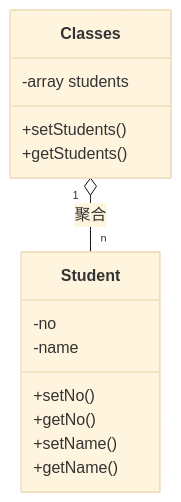
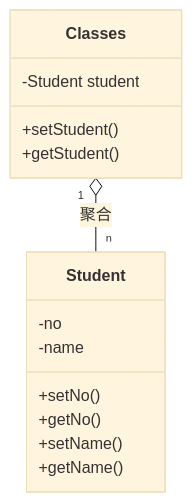
The third of 18 diagrams in README.md (LeslieKong/basiccoding), drawn with Mermaid (base theme) before and after one commit. The commit also changed other lines of this file, not shown here.

````diff
--- a/README.md
+++ b/README.md
@@ -451,17 +455,17 @@
 ```mermaid
 classDiagram
     Classes "1" o-- "n" Student : 聚合
     class Student {
        -no
        -name
        +setNo()
        +getNo()
        +setName()
        +getName()
     }
     class Classes {
-        -array students
-        +setStudents()
-        +getStudents()
+        -Student student
+        +setStudent()
+        +getStudent()
     }
 ```
````
